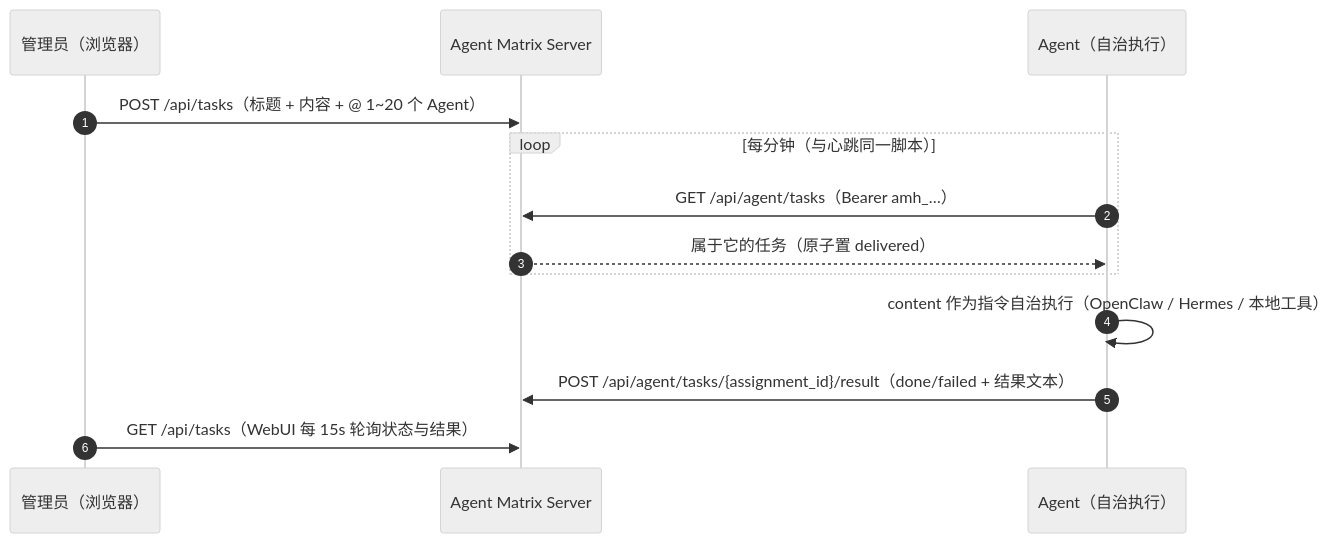
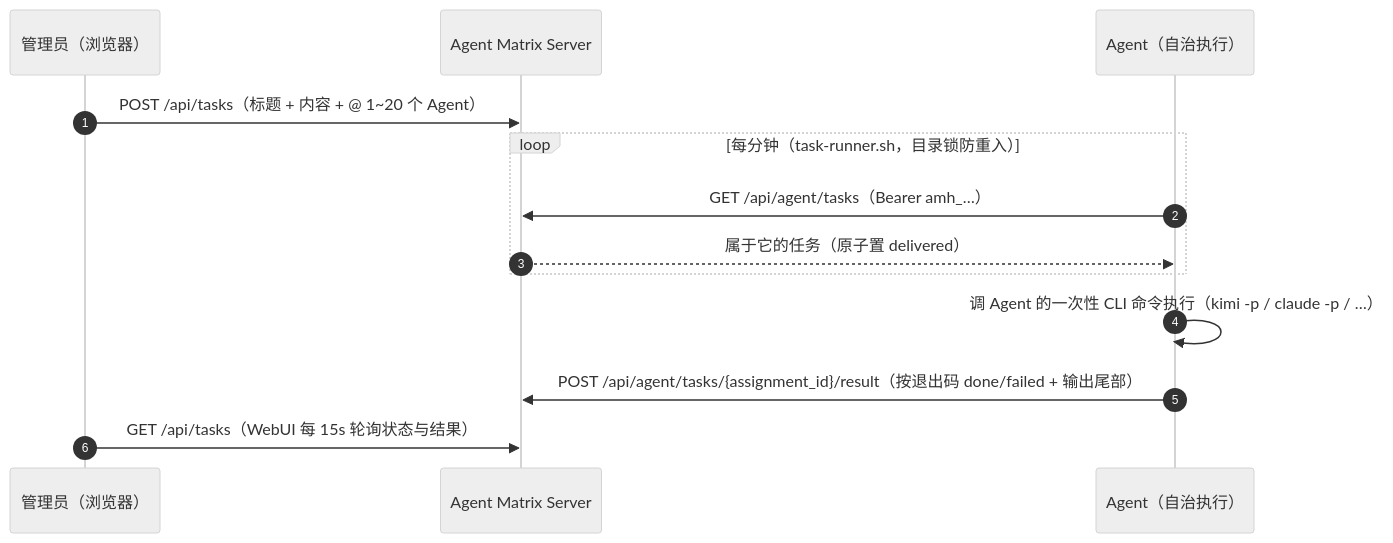
Before and after one commit to HankGuo/agent-matrix: the fifth of 5 diagrams in README.md, drawn with Mermaid (neutral theme). The commit also changed other lines of this file and 5 other files, not shown here.

First line of the commit message:
Mechanize task execution: task-runner.sh replaces LLM-side inbox loop (v0.5.0)

````diff
--- a/README.md
+++ b/README.md
@@ -110,16 +112,16 @@
 ```mermaid
 sequenceDiagram
     autonumber
     participant A as 管理员（浏览器）
     participant S as Agent Matrix Server
     participant G as Agent（自治执行）
 
     A->>S: POST /api/tasks（标题 + 内容 + @ 1~20 个 Agent）
-    loop 每分钟（与心跳同一脚本）
+    loop 每分钟（task-runner.sh，目录锁防重入）
         G->>S: GET /api/agent/tasks（Bearer amh_…）
         S-->>G: 属于它的任务（原子置 delivered）
     end
-    G->>G: content 作为指令自治执行（OpenClaw / Hermes / 本地工具）
-    G->>S: POST /api/agent/tasks/{assignment_id}/result（done/failed + 结果文本）
+    G->>G: 调 Agent 的一次性 CLI 命令执行（kimi -p / claude -p / …）
+    G->>S: POST /api/agent/tasks/{assignment_id}/result（按退出码 done/failed + 输出尾部）
     A->>S: GET /api/tasks（WebUI 每 15s 轮询状态与结果）
 ```
````
